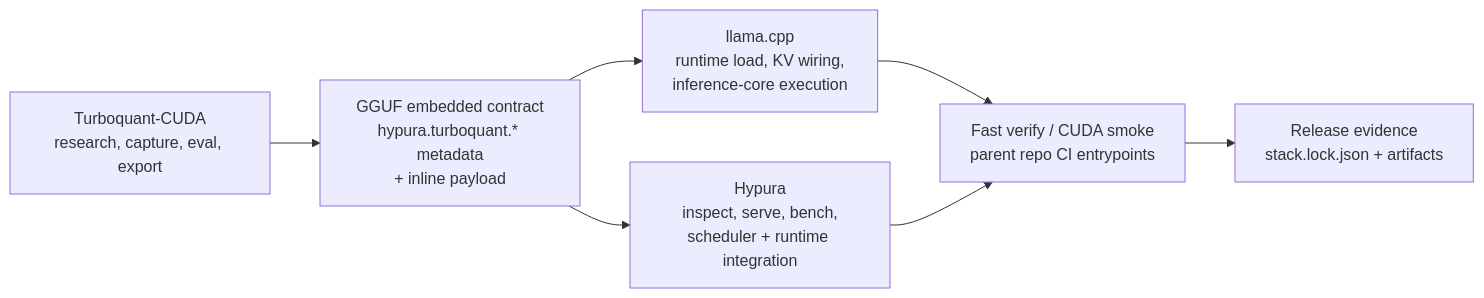
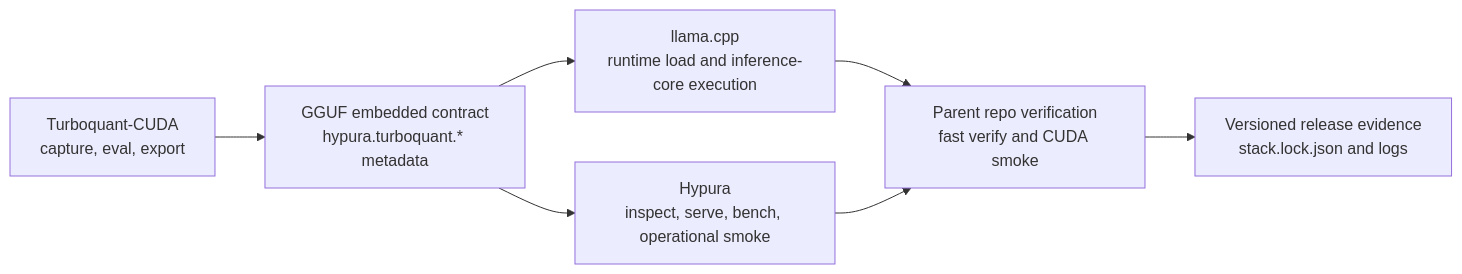
The diagram in README.md (zapabob/triality-platform), drawn with Mermaid before and after one commit. The commit also changed other lines of this file and 1 other file, not shown here.

````diff
--- a/README.md
+++ b/README.md
@@ -46,9 +64,9 @@
 ```mermaid
 flowchart LR
-    A["Turboquant-CUDA<br/>research, capture, eval, export"] --> B["GGUF embedded contract<br/>hypura.turboquant.* metadata<br/>+ inline payload"]
-    B --> C["llama.cpp<br/>runtime load, KV wiring,<br/>inference-core execution"]
-    B --> D["Hypura<br/>inspect, serve, bench,<br/>scheduler + runtime integration"]
-    C --> E["Fast verify / CUDA smoke<br/>parent repo CI entrypoints"]
+    A["Turboquant-CUDA<br/>capture, eval, export"] --> B["GGUF embedded contract<br/>hypura.turboquant.* metadata"]
+    B --> C["llama.cpp<br/>runtime load and inference-core execution"]
+    B --> D["Hypura<br/>inspect, serve, bench, operational smoke"]
+    C --> E["Parent repo verification<br/>fast verify and CUDA smoke"]
     D --> E
-    E --> F["Release evidence<br/>stack.lock.json + artifacts"]
+    E --> F["Versioned release evidence<br/>stack.lock.json and logs"]
 ```
````
